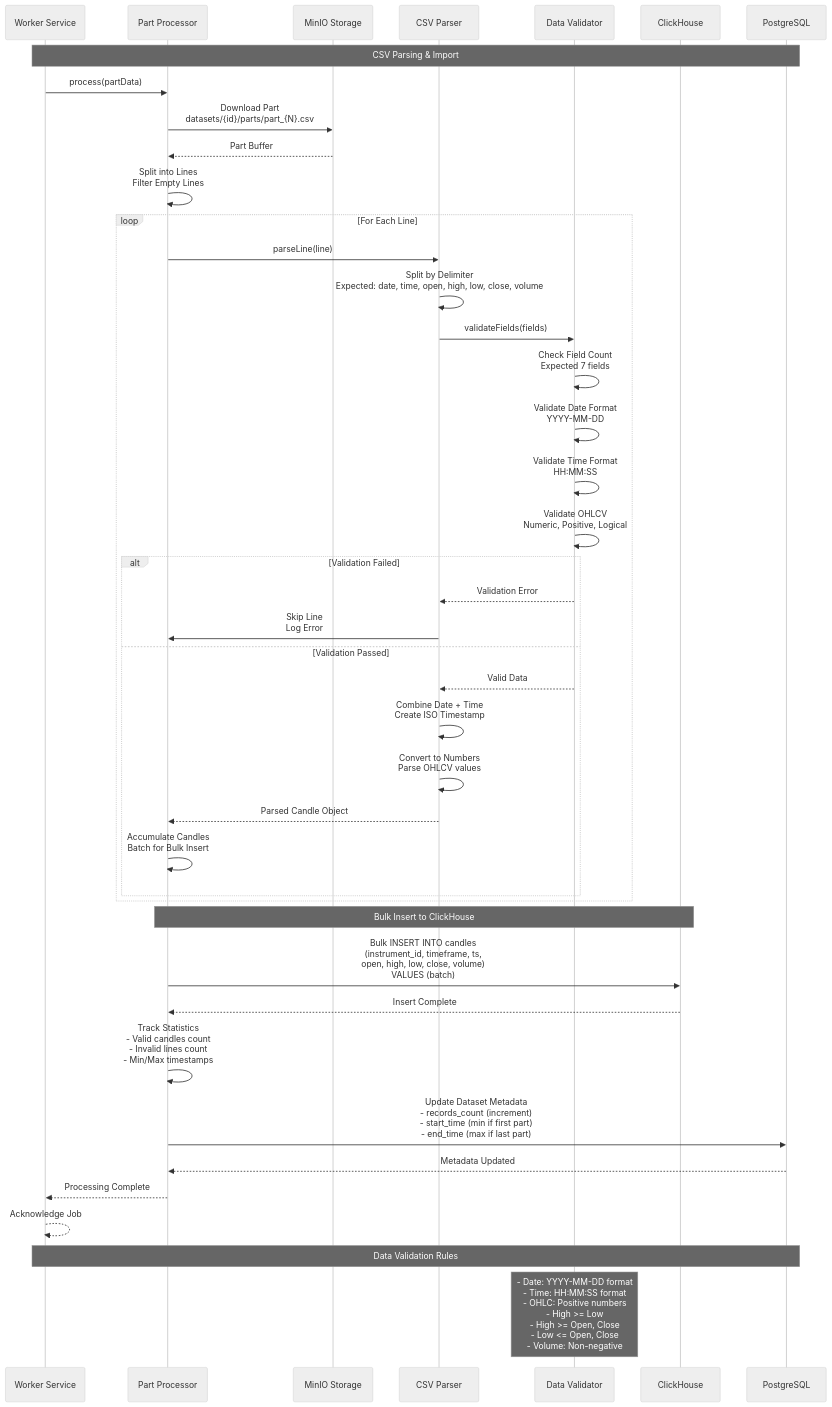
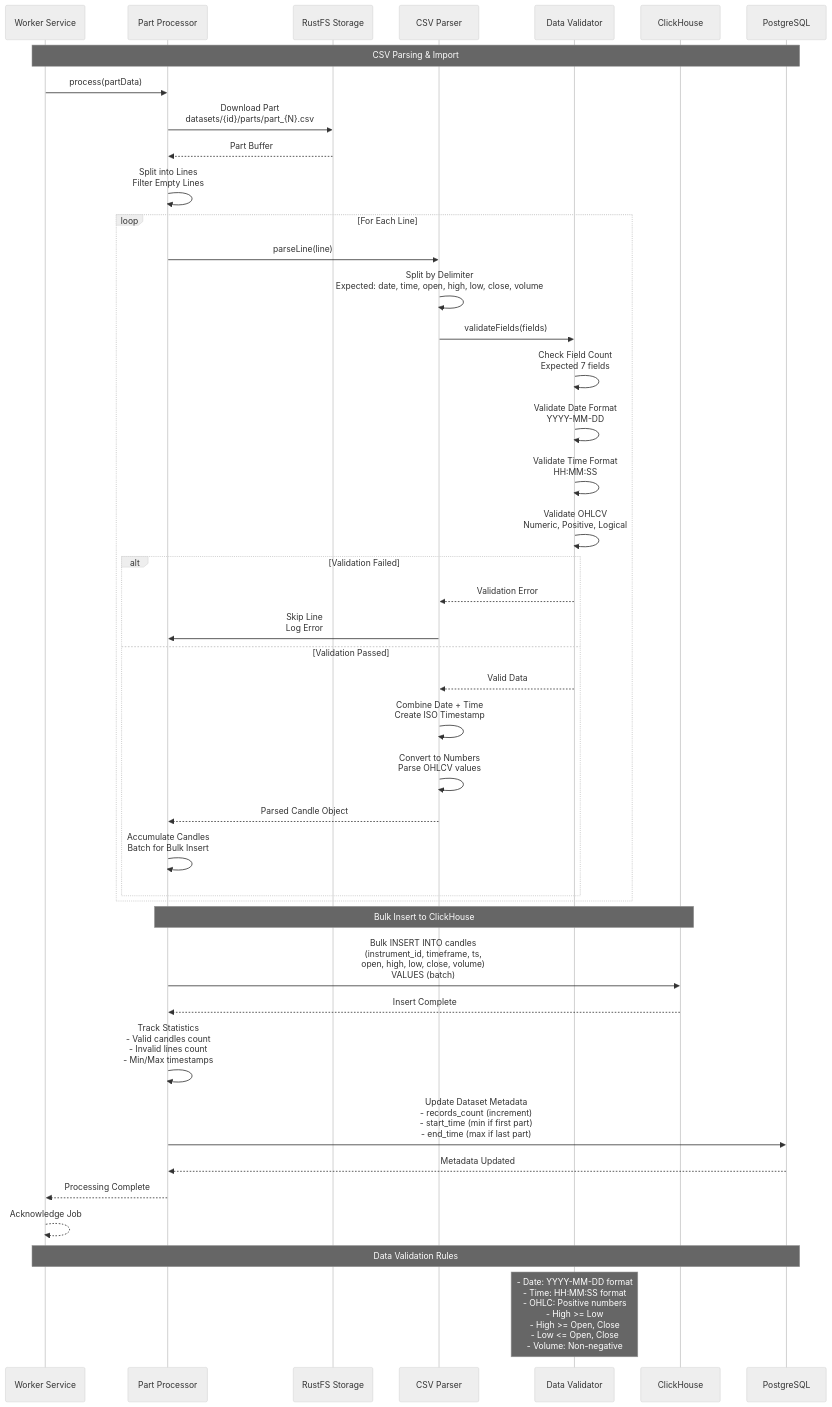
The diagram in documentation/dataset-processing/csv-parsing.md (DamienReichhart/BackTrade), drawn with Mermaid (neutral theme) before and after one commit. The commit also changed 18 other files, not shown here.

````diff
--- a/documentation/dataset-processing/csv-parsing.md
+++ b/documentation/dataset-processing/csv-parsing.md
@@ -1,57 +1,57 @@
 ```mermaid
 sequenceDiagram
     participant Worker as Worker Service
     participant PartProcessor as Part Processor
-    participant MinIO as MinIO Storage
+    participant RustFS as RustFS Storage
     participant Parser as CSV Parser
     participant Validator as Data Validator
     participant ClickHouse as ClickHouse
     participant DB as PostgreSQL
 
     Note over Worker,DB: CSV Parsing & Import
 
     Worker->>PartProcessor: process(partData)
-    PartProcessor->>MinIO: Download Part<br/>datasets/{id}/parts/part_{N}.csv
-    MinIO-->>PartProcessor: Part Buffer
+    PartProcessor->>RustFS: Download Part<br/>datasets/{id}/parts/part_{N}.csv
+    RustFS-->>PartProcessor: Part Buffer
 
     PartProcessor->>PartProcessor: Split into Lines<br/>Filter Empty Lines
 
     loop For Each Line
         PartProcessor->>Parser: parseLine(line)
         Parser->>Parser: Split by Delimiter<br/>Expected: date, time, open, high, low, close, volume
 
         Parser->>Validator: validateFields(fields)
         Validator->>Validator: Check Field Count<br/>Expected 7 fields
         Validator->>Validator: Validate Date Format<br/>YYYY-MM-DD
         Validator->>Validator: Validate Time Format<br/>HH:MM:SS
         Validator->>Validator: Validate OHLCV<br/>Numeric, Positive, Logical
 
         alt Validation Failed
             Validator-->>Parser: Validation Error
             Parser->>PartProcessor: Skip Line<br/>Log Error
         else Validation Passed
             Validator-->>Parser: Valid Data
             Parser->>Parser: Combine Date + Time<br/>Create ISO Timestamp
             Parser->>Parser: Convert to Numbers<br/>Parse OHLCV values
             Parser-->>PartProcessor: Parsed Candle Object
             PartProcessor->>PartProcessor: Accumulate Candles<br/>Batch for Bulk Insert
         end
     end
 
     Note over PartProcessor,ClickHouse: Bulk Insert to ClickHouse
 
     PartProcessor->>ClickHouse: Bulk INSERT INTO candles<br/>(instrument_id, timeframe, ts,<br/>open, high, low, close, volume)<br/>VALUES (batch)
     ClickHouse-->>PartProcessor: Insert Complete
 
     PartProcessor->>PartProcessor: Track Statistics<br/>- Valid candles count<br/>- Invalid lines count<br/>- Min/Max timestamps
 
     PartProcessor->>DB: Update Dataset Metadata<br/>- records_count (increment)<br/>- start_time (min if first part)<br/>- end_time (max if last part)
     DB-->>PartProcessor: Metadata Updated
 
     PartProcessor-->>Worker: Processing Complete
     Worker-->>Worker: Acknowledge Job
 
     Note over Worker,DB: Data Validation Rules
 
     Note over Validator: - Date: YYYY-MM-DD format<br/>- Time: HH:MM:SS format<br/>- OHLC: Positive numbers<br/>- High >= Low<br/>- High >= Open, Close<br/>- Low <= Open, Close<br/>- Volume: Non-negative
 ```
````
